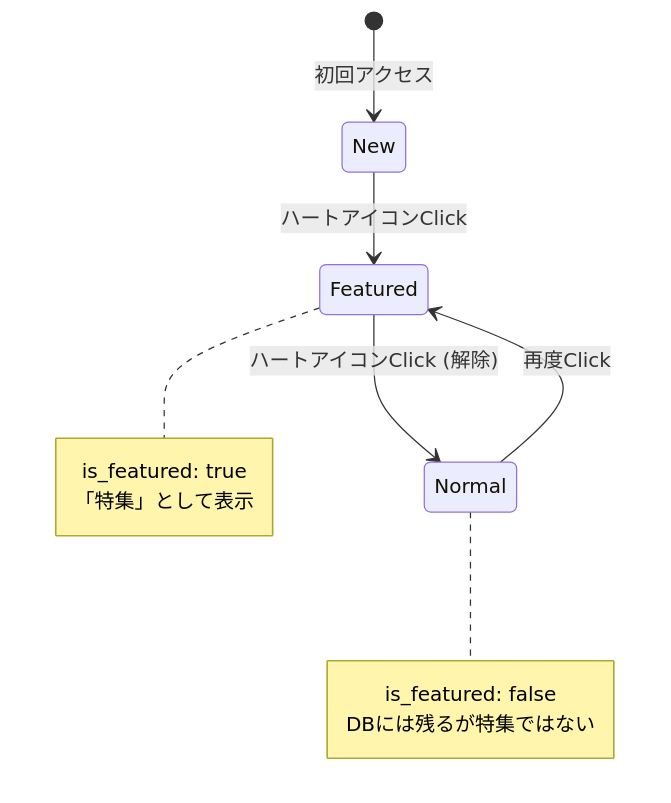
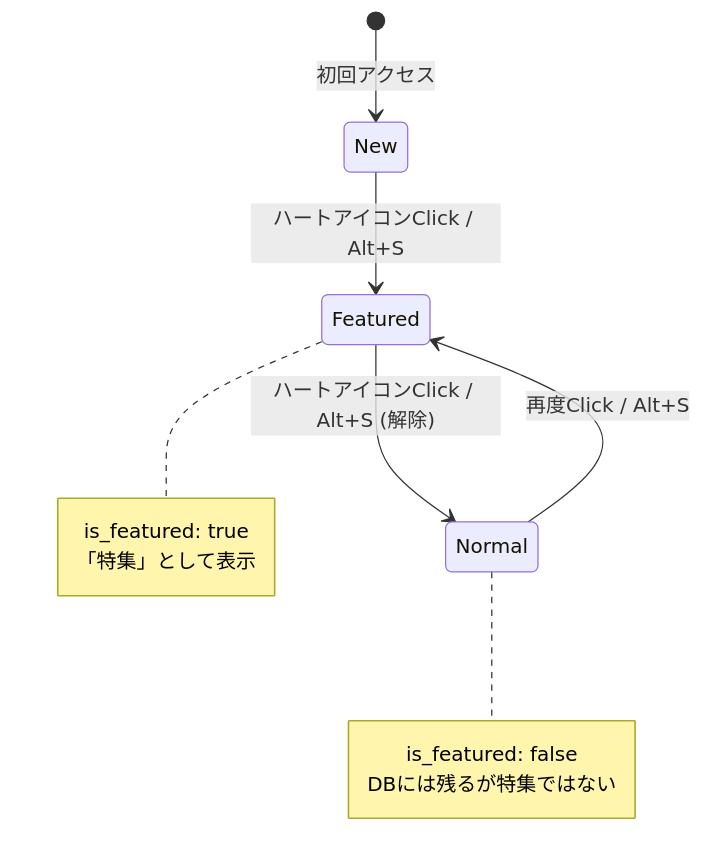
The eighth of 8 diagrams in docs/design/FUNC-001_diagrams.md (KazuMaru4141/music_web_app), drawn with Mermaid before and after one commit. The commit also changed other lines of this file and 2 other files, not shown here.

Commit message:
docs: Add design diagrams and specifications for FUNC-001 (rate and save) and FUNC-002 (related discovery).

````diff
--- a/docs/design/FUNC-001_diagrams.md
+++ b/docs/design/FUNC-001_diagrams.md
@@ -185,18 +280,18 @@
 ```mermaid
 stateDiagram-v2
     [*] --> New: 初回アクセス
 
-    New --> Featured: ハートアイコンClick
+    New --> Featured: ハートアイコンClick / Alt+S
     note right of Featured
         is_featured: true
         「特集」として表示
     end note
 
-    Featured --> Normal: ハートアイコンClick (解除)
+    Featured --> Normal: ハートアイコンClick / Alt+S (解除)
     note right of Normal
         is_featured: false
         DBには残るが特集ではない
     end note
 
-    Normal --> Featured: 再度Click
+    Normal --> Featured: 再度Click / Alt+S
 ```
````
